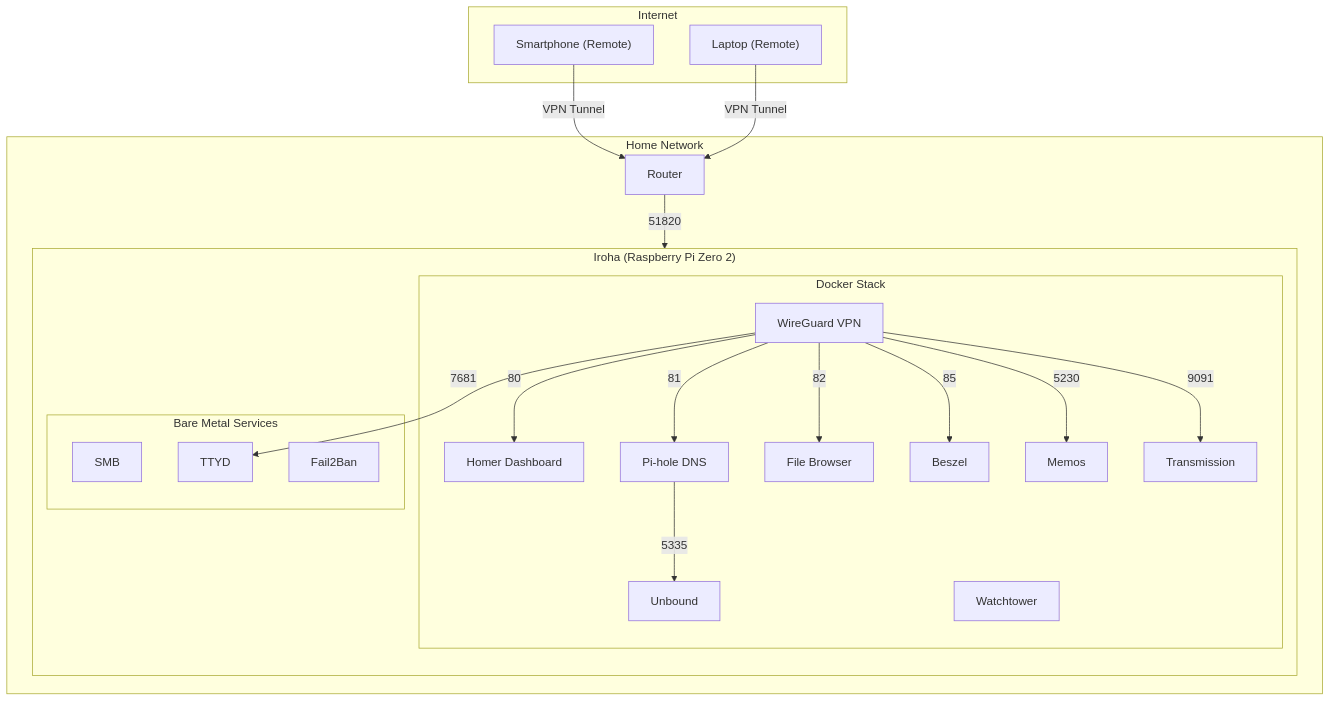
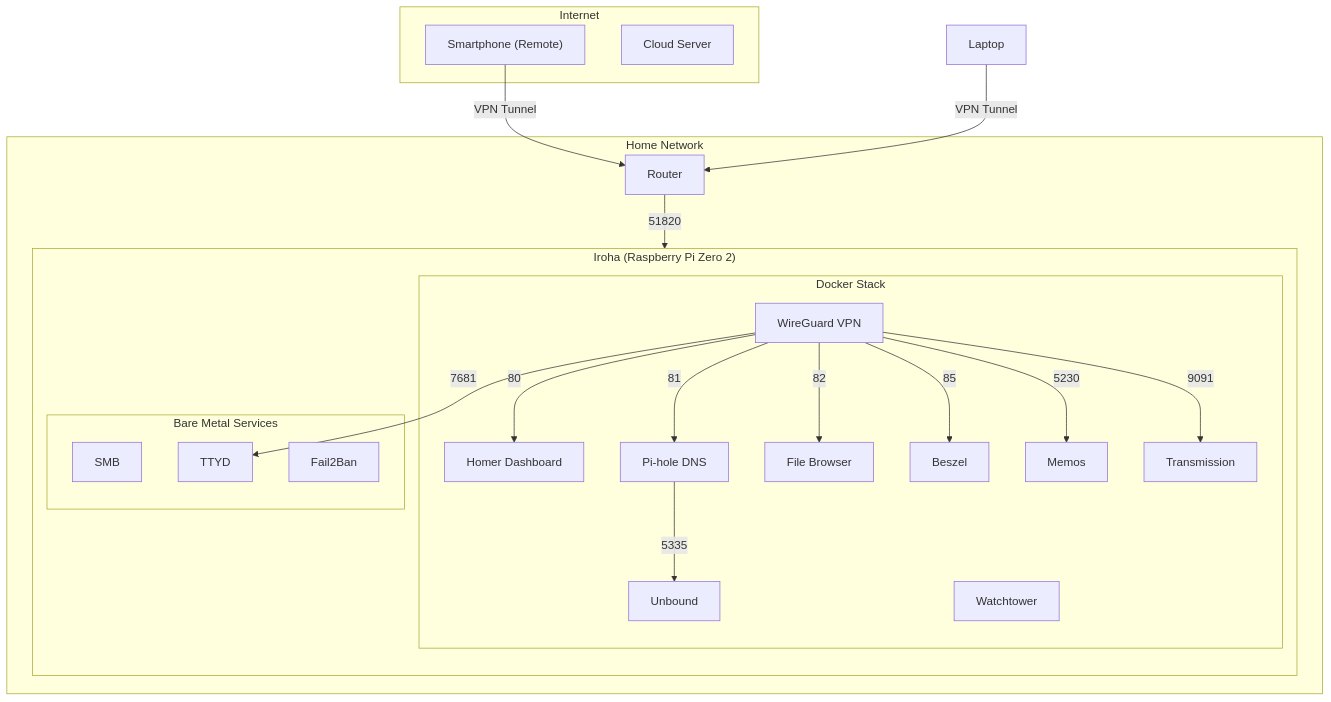
The diagram in README.md (NishiyaKN/rpi), drawn with Mermaid before and after one commit. The commit also changed 1 other file, not shown here.

Commit message:
Backup: 2026-01-02 16:53:04

````diff
--- a/README.md
+++ b/README.md
@@ -22,49 +22,49 @@
 ```mermaid
 ---
 config:
   layout: dagre
 ---
 flowchart TB
  subgraph Internet["Internet"]
         Phone["Smartphone (Remote)"]
-        Laptop["Laptop (Remote)"]
+        Cloud["Cloud Server"]
   end
  subgraph subGraph1["Docker Stack"]
         WG["WireGuard VPN"]
         HM["Homer Dashboard"]
         PH["️Pi-hole DNS"]
         UN["Unbound"]
         FB["File Browser"]
         TR["Transmission"]
         WT["Watchtower"]
         MM["Memos"]
         BZ["Beszel"]
 
   end
  subgraph subGraph2["Bare Metal Services"]
         SMB["SMB"]
         TTYD["TTYD"]
         F2B["Fail2Ban"]
   end
  subgraph subGraph3["Iroha (Raspberry Pi Zero 2)"]
     direction TB
         subGraph1
         subGraph2
   end
  subgraph subGraph4["Home Network"]
         Router["Router"]
         subGraph3
   end
     Phone -- VPN Tunnel --> Router
     Laptop -- VPN Tunnel --> Router
     Router -- 51820 --> WG
     WG -- 80 --> HM
     WG -- 81 --> PH
     PH -- 5335 --> UN
     WG -- 82 --> FB
     WG -- 85 --> BZ
     WG -- 5230 --> MM
     WG -- 9091 --> TR
     WG -- 7681 --> TTYD
 
 ```
````
